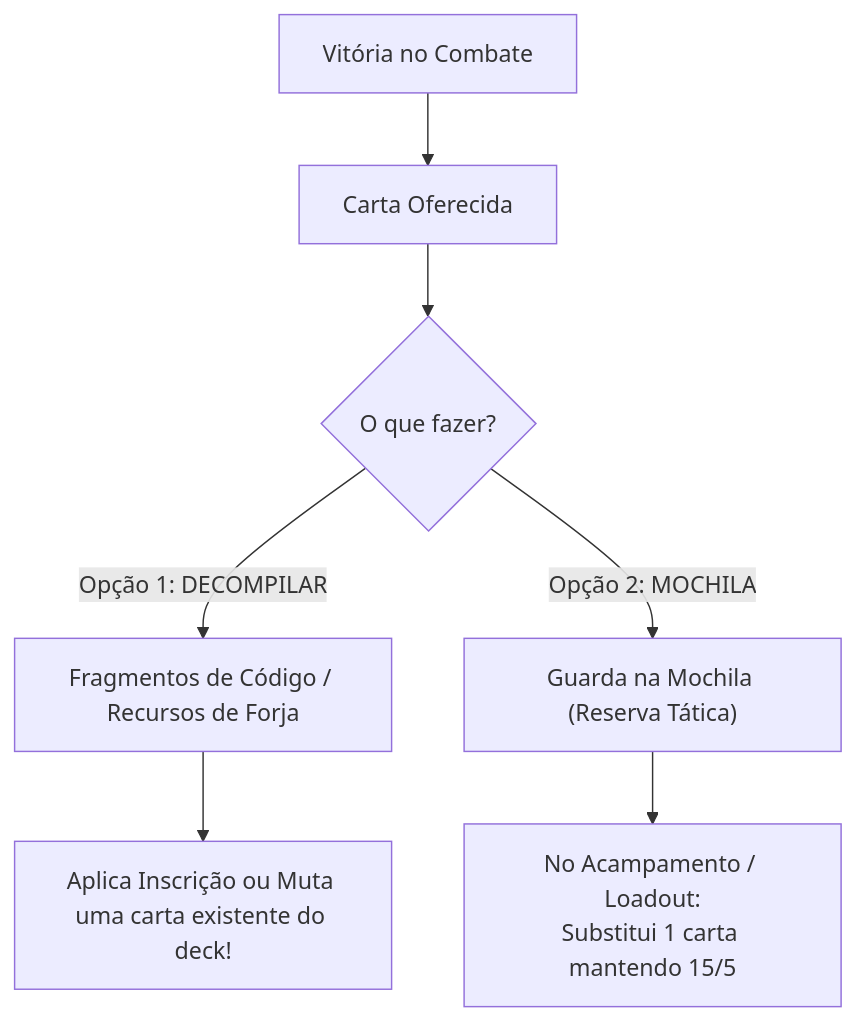
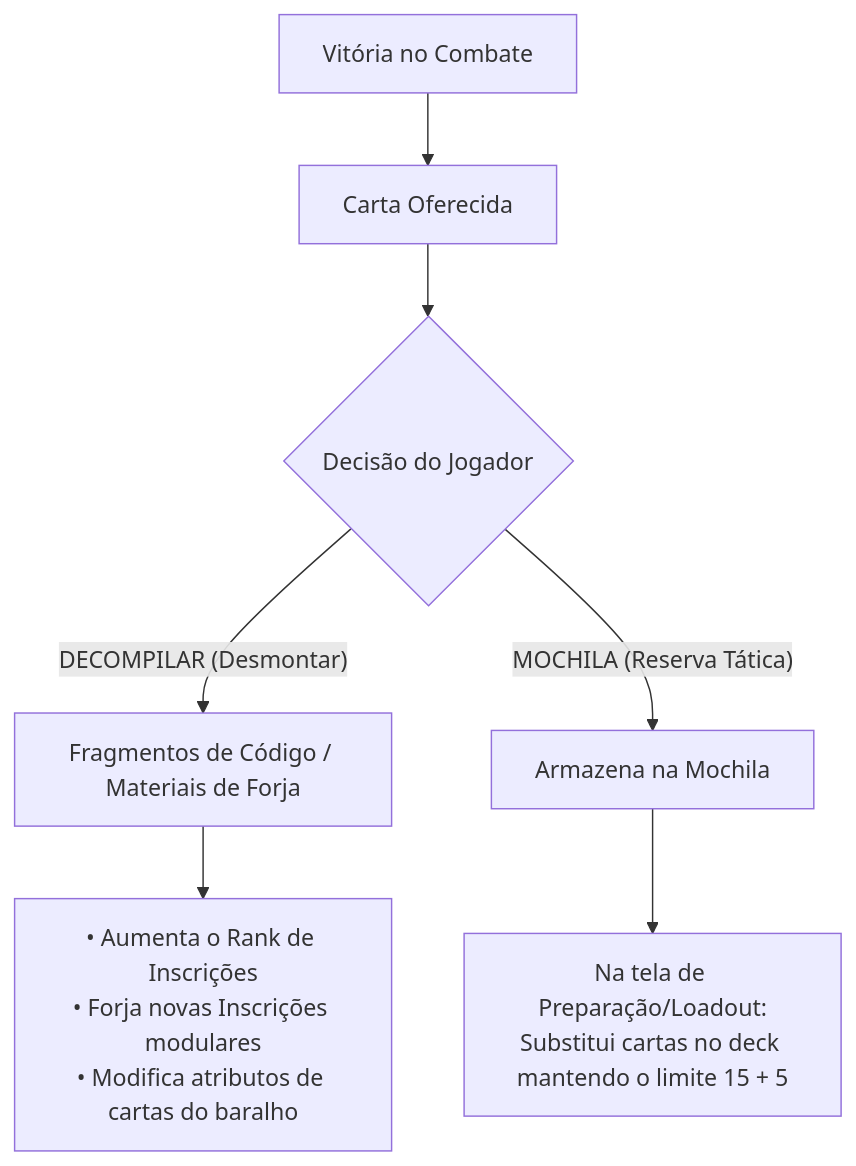
Before and after one commit to GuiMayer/HeroScript: the third of 3 diagrams in docs/design/DIRECIONAMENTO_HEROSCRIPT.md, drawn with Mermaid. The commit also changed other lines of this file, not shown here.

````diff
--- a/docs/design/DIRECIONAMENTO_HEROSCRIPT.md
+++ b/docs/design/DIRECIONAMENTO_HEROSCRIPT.md
@@ -121,11 +147,11 @@
 ```mermaid
 flowchart TD
     Vitoria["Vitória no Combate"] --> Drop["Carta Oferecida"]
-    Drop --> Decisao{"O que fazer?"}
+    Drop --> Decisao{"Decisão do Jogador"}
     
-    Decisao -->|"Opção 1: DECOMPILAR"| Recurso["Fragmentos de Código / Recursos de Forja"]
-    Recurso --> Modificar["Aplica Inscrição ou Muta uma carta existente do deck!"]
+    Decisao -->|"DECOMPILAR (Desmontar)"| Recurso["Fragmentos de Código / Materiais de Forja"]
+    Recurso --> Upgrades["• Aumenta o Rank de Inscrições<br/>• Forja novas Inscrições modulares<br/>• Modifica atributos de cartas do baralho"]
     
-    Decisao -->|"Opção 2: MOCHILA"| Mochila["Guarda na Mochila (Reserva Tática)"]
-    Mochila --> Troca["No Acampamento / Loadout:<br/>Substitui 1 carta mantendo 15/5"]
+    Decisao -->|"MOCHILA (Reserva Tática)"| Mochila["Armazena na Mochila"]
+    Mochila --> Sideboard["Na tela de Preparação/Loadout:<br/>Substitui cartas no deck mantendo o limite 15 + 5"]
 ```
````
